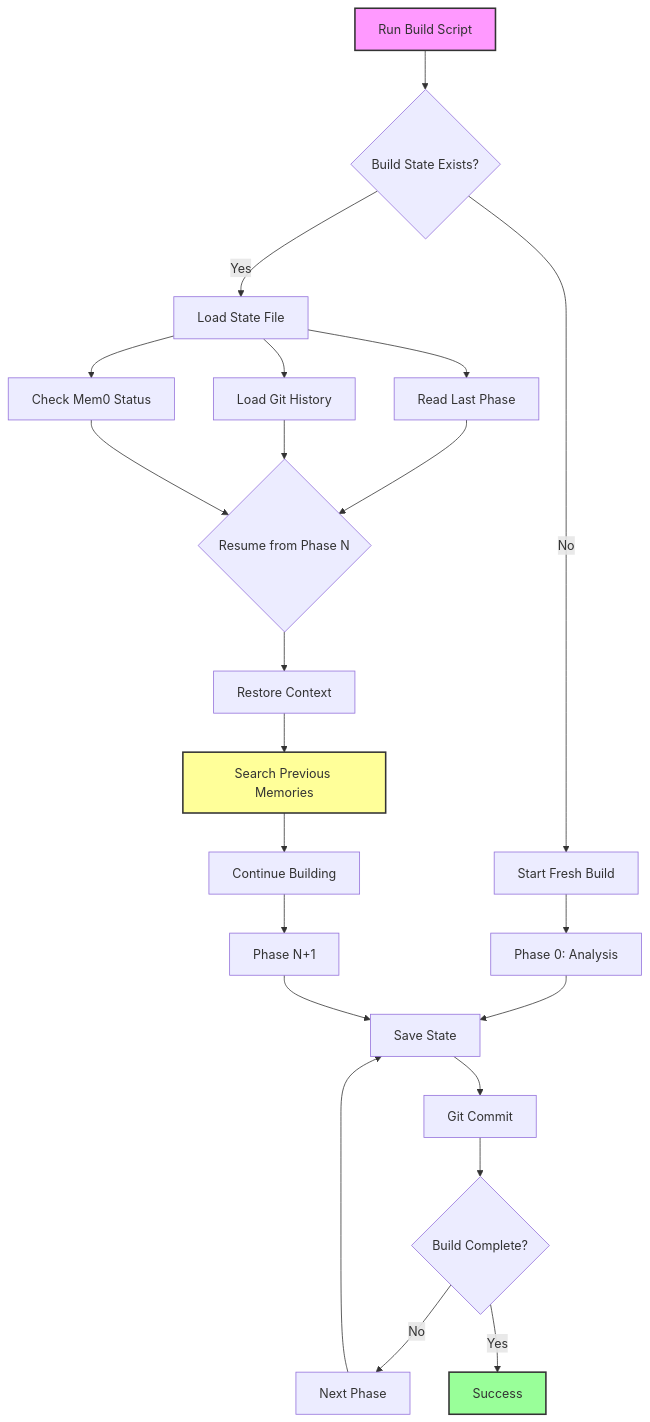
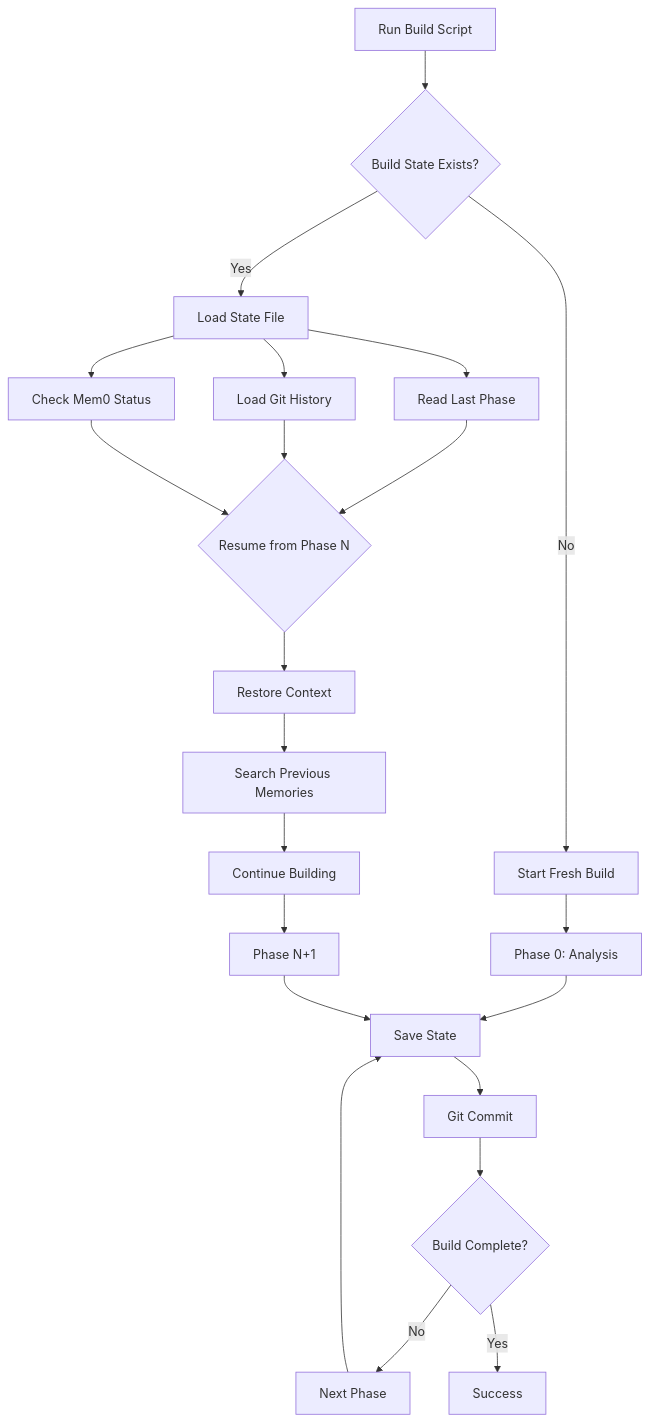
The second of 6 diagrams in README.md (krzemienski/enhanced-claude-code), drawn with Mermaid before and after one commit. The commit also changed other lines of this file, not shown here.

First line of the commit message:
fix: Simplify all Mermaid diagrams for GitHub compatibility

````diff
--- a/README.md
+++ b/README.md
@@ -154,35 +150,31 @@
 ```mermaid
-graph TD
+flowchart TD
     A[Run Build Script] --> B{Build State Exists?}
     B -->|No| C[Start Fresh Build]
     B -->|Yes| D[Load State File]
     
     D --> E[Read Last Phase]
     D --> F[Load Git History]
     D --> G[Check Mem0 Status]
     
     E --> H{Resume from Phase N}
     F --> H
     G --> H
     
     H --> I[Restore Context]
     I --> J[Search Previous Memories]
     J --> K[Continue Building]
     
     C --> L[Phase 0: Analysis]
     K --> M[Phase N+1]
     
     L --> N[Save State]
     M --> N
     
     N --> O[Git Commit]
     O --> P{Build Complete?}
     P -->|No| Q[Next Phase]
     P -->|Yes| R[Success]
     
     Q --> N
-    
-    style A fill:#f9f,stroke:#333,stroke-width:2px
-    style R fill:#9f9,stroke:#333,stroke-width:2px
-    style J fill:#ff9,stroke:#333,stroke-width:2px
 ```
````
